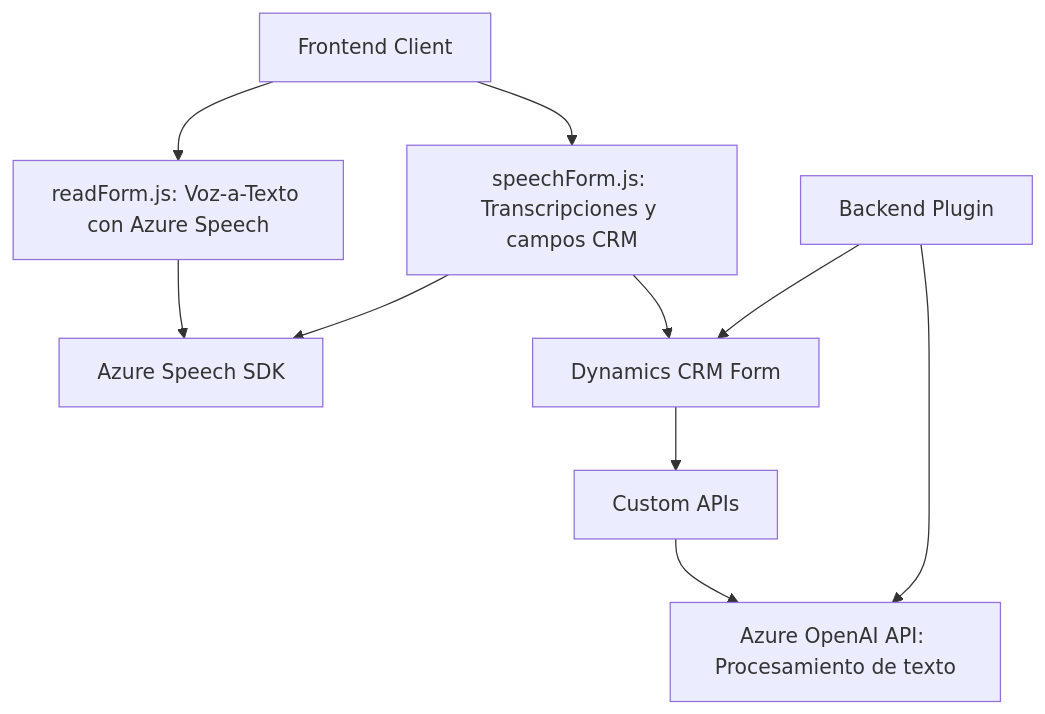
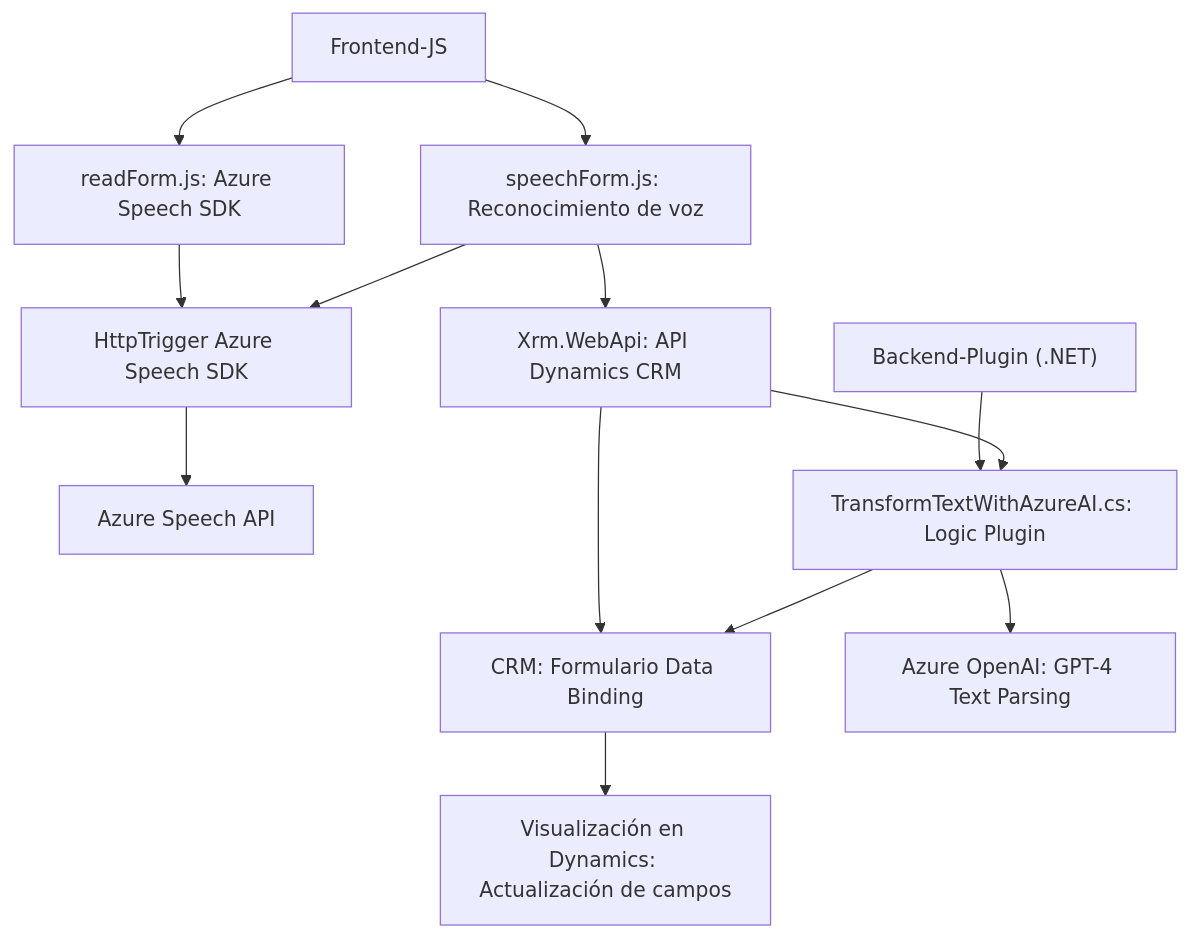
The diagram in README.md (blopezdm/NETCORE_BILBAO2025), drawn with Mermaid before and after one commit. The commit also changed other lines of this file, not shown here.

Commit message:
Actualizar análisis global de la solución con IA

````diff
--- a/README.md
+++ b/README.md
@@ -37,12 +41,15 @@
 ```mermaid
 graph TD
-    A["Frontend Client"] --> B["readForm.js: Voz-a-Texto con Azure Speech"]
-    A --> C["speechForm.js: Transcripciones y campos CRM"]
-    B --> D["Azure Speech SDK"]
-    C --> D
-    C --> E["Dynamics CRM Form"]
-    E --> F["Custom APIs"]
-    F --> H["Azure OpenAI API: Procesamiento de texto"]
-    G["Backend Plugin"] --> H
-    G --> E
+  A["Frontend-JS"] --> B["readForm.js: Azure Speech SDK"]
+  A --> C["speechForm.js: Reconocimiento de voz"]
+  B --> D["HttpTrigger Azure Speech SDK"]
+  C --> D
+  D --> E["Azure Speech API"]
+  C --> F["Xrm.WebApi: API Dynamics CRM"]
+  F --> G["CRM: Formulario Data Binding"]
+  G --> H["Visualización en Dynamics: Actualización de campos"]
+  I["Backend-Plugin (.NET)"] --> J["TransformTextWithAzureAI.cs: Logic Plugin"]
+  J --> K["Azure OpenAI: GPT-4 Text Parsing"]
+  F --> J
+  J --> G
 ```
````
